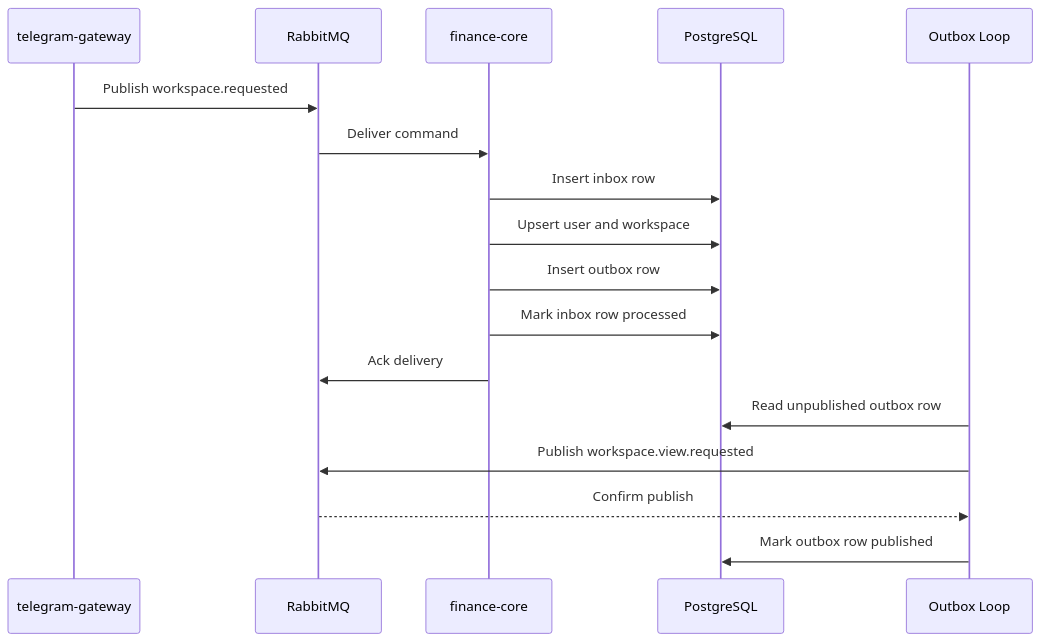
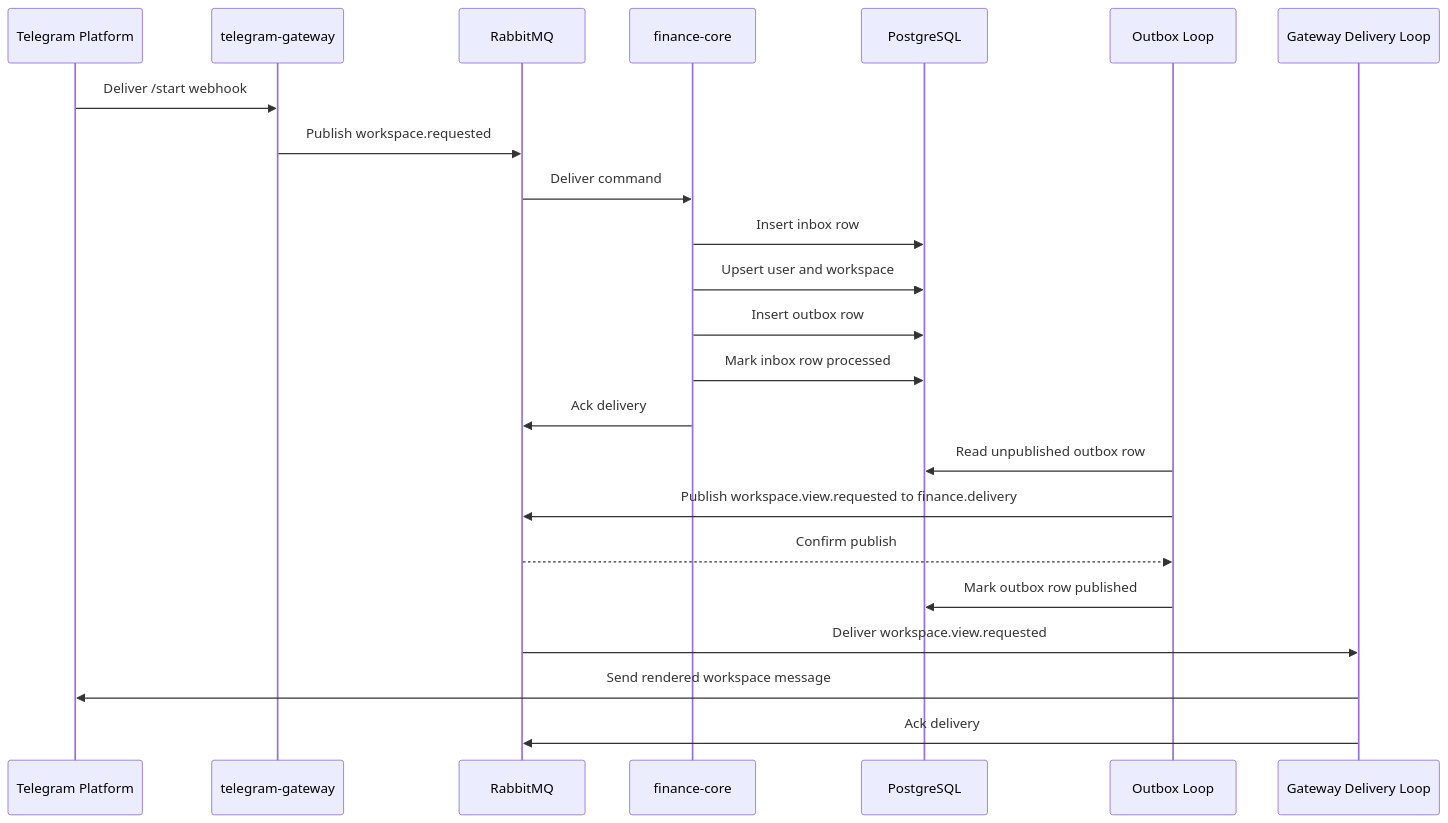
The diagram in docs/architecture/finance-core-sequence.md (Fredoq/finance-bot-platform), drawn with Mermaid before and after one commit. The commit also changed other lines of this file and 58 other files, not shown here.

````diff
--- a/docs/architecture/finance-core-sequence.md
+++ b/docs/architecture/finance-core-sequence.md
@@ -5,20 +5,26 @@
 ```mermaid
 sequenceDiagram
+    participant T as Telegram Platform
     participant G as telegram-gateway
     participant R as RabbitMQ
     participant C as finance-core
     participant P as PostgreSQL
     participant O as Outbox Loop
+    participant D as Gateway Delivery Loop
 
+    T->>G: Deliver /start webhook
     G->>R: Publish workspace.requested
     R->>C: Deliver command
     C->>P: Insert inbox row
     C->>P: Upsert user and workspace
     C->>P: Insert outbox row
     C->>P: Mark inbox row processed
     C->>R: Ack delivery
     O->>P: Read unpublished outbox row
-    O->>R: Publish workspace.view.requested
+    O->>R: Publish workspace.view.requested to finance.delivery
     R-->>O: Confirm publish
     O->>P: Mark outbox row published
+    R->>D: Deliver workspace.view.requested
+    D->>T: Send rendered workspace message
+    D->>R: Ack delivery
 ```
````
